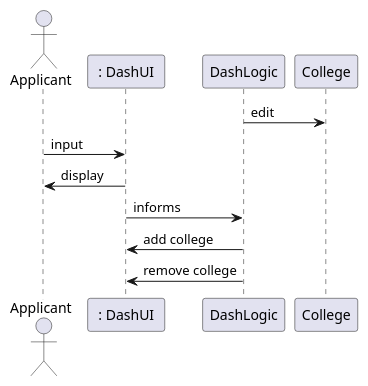
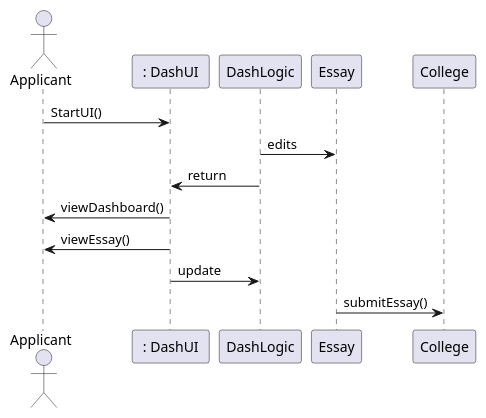
Before and after one commit to jlederer33/Essay-Review-App: the third of 5 diagrams in intellij/doc/design.md, drawn with PlantUML. The commit also changed other lines of this file and 1 other file, not shown here.

Commit message:
Added new diagram(remove and delete essay diagram)

````diff
--- a/intellij/doc/design.md
+++ b/intellij/doc/design.md
@@ -4,12 +29,12 @@
 ```plantuml
 actor Applicant as applicant
 participant " : DashUI " as DashUI
-DashLogic -> College : edit
-applicant-> DashUI : input
-DashUI ->  applicant : display
-DashUI-> DashLogic : informs
-DashLogic-> DashUI : add college
-DashLogic-> DashUI : remove college
-
+applicant-> DashUI : StartUI()
+DashLogic -> Essay : edits
+DashLogic -> DashUI : return
+applicant <- DashUI : viewDashboard()
+applicant <- DashUI : viewEssay()
+DashUI-> DashLogic : update
+Essay -> College : submitEssay()
 
 ```
````
